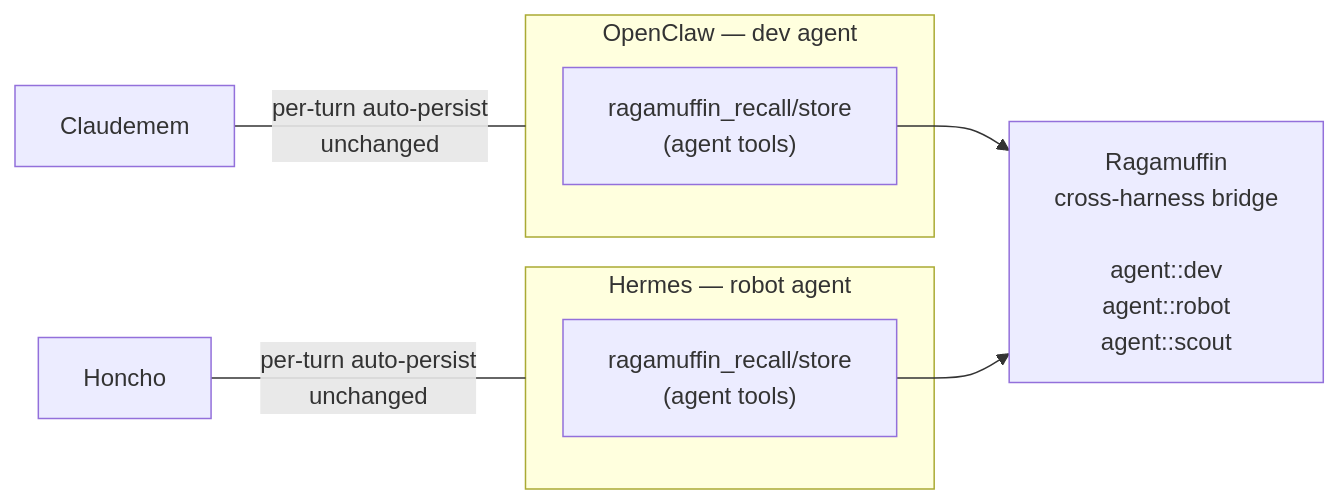
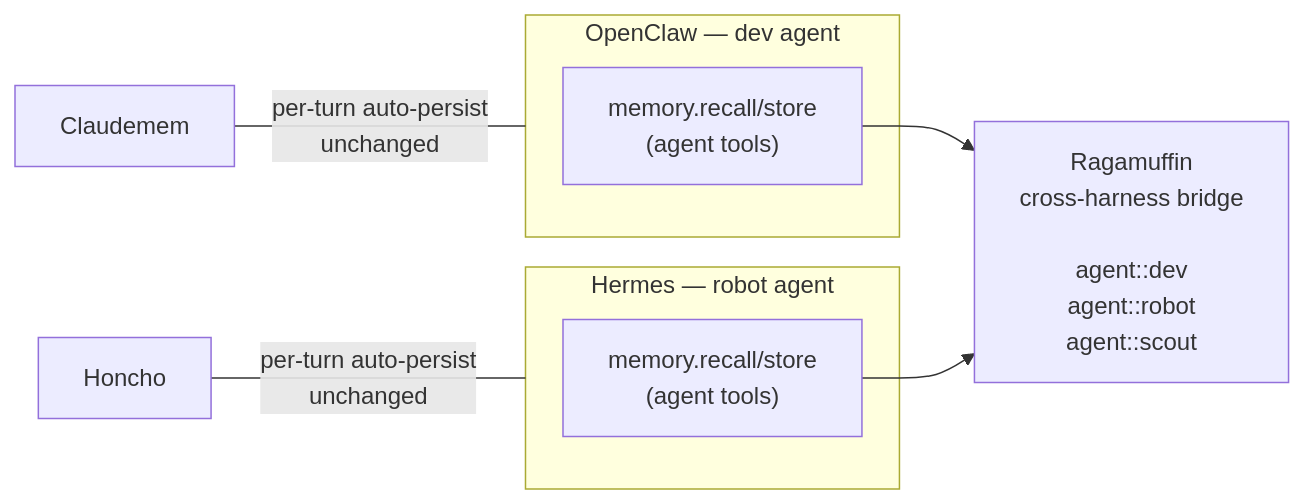
One commit to chezgoulet/ragamuffin changed the third of 4 diagrams in README.md. Above: the diagram before and after it, drawn with Mermaid. The commit also changed other lines of this file and 15 other files, not shown here.

Commit message:
v0.10.0: rename tool names ragamuffin_* → memory.* across all adapters, tests, docs

````diff
--- a/README.md
+++ b/README.md
@@ -212,13 +212,13 @@
 ```mermaid
 flowchart LR
     subgraph OC [OpenClaw — dev agent]
-        OC_TOOL["ragamuffin_recall/store<br/>(agent tools)"]
+        OC_TOOL["memory.recall/store<br/>(agent tools)"]
     end
     subgraph H [Hermes — robot agent]
-        H_TOOL["ragamuffin_recall/store<br/>(agent tools)"]
+        H_TOOL["memory.recall/store<br/>(agent tools)"]
     end
     CL[Claudemem] ---|per-turn auto-persist<br/>unchanged| OC
     HN[Honcho] ---|per-turn auto-persist<br/>unchanged| H
     OC_TOOL --> R["Ragamuffin<br/>cross-harness bridge<br/><br/>agent::dev<br/>agent::robot<br/>agent::scout"]
     H_TOOL --> R
 ```
````
